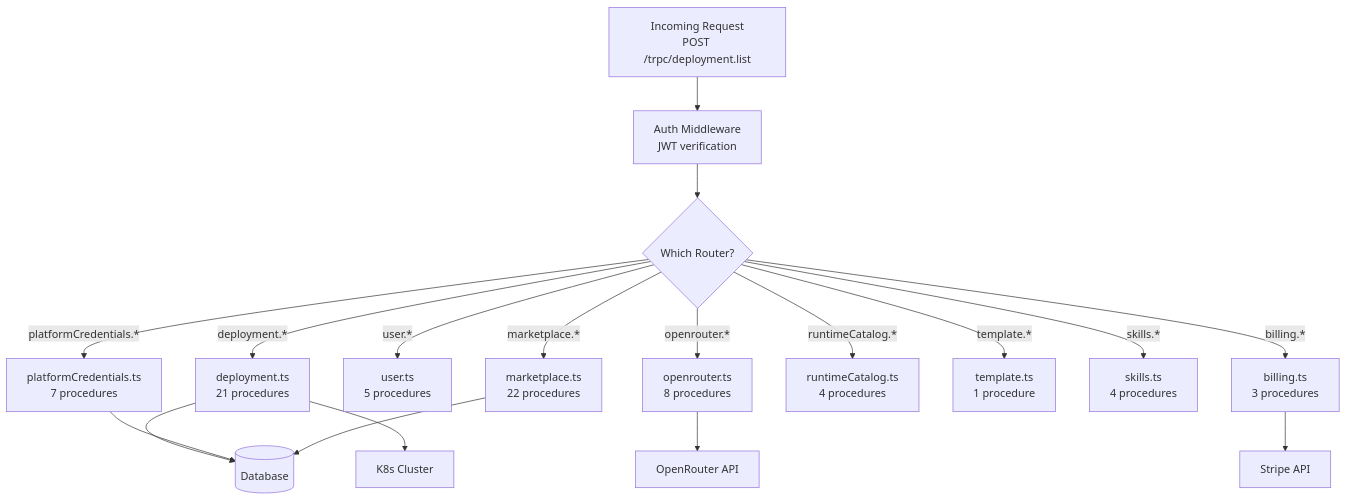
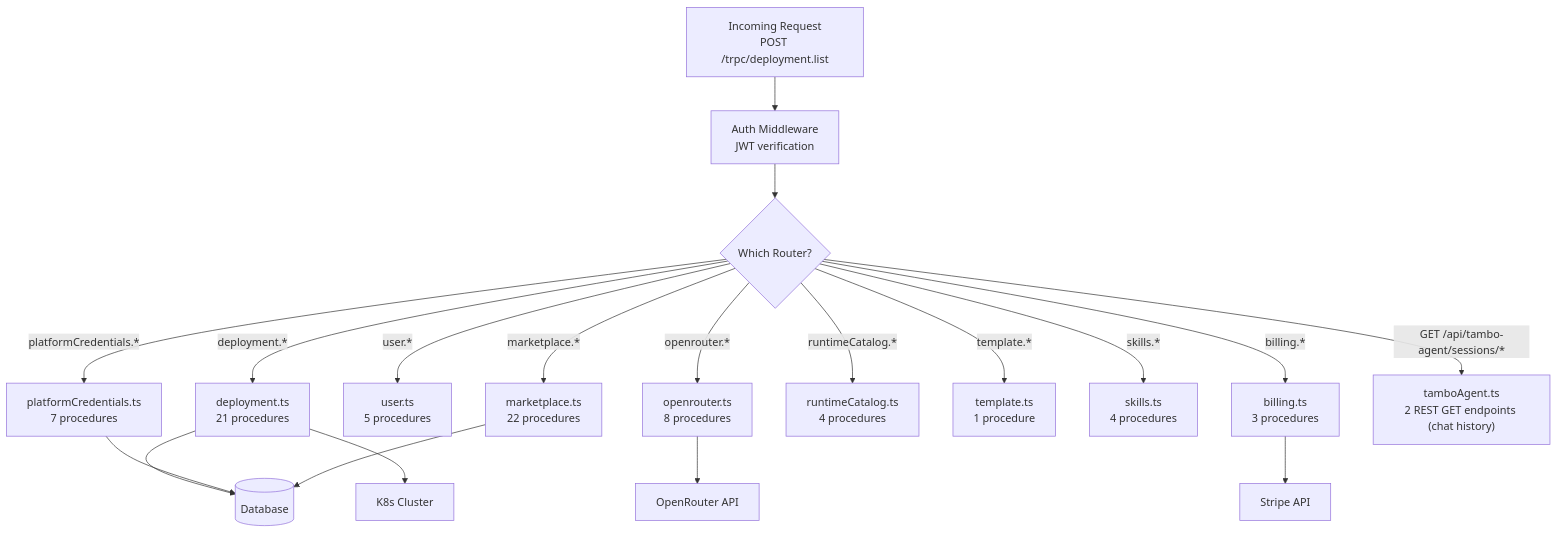
Before and after one commit to Bretthb/jarble: the fifth of 32 diagrams in DEVELOPER-GUIDE.md, drawn with Mermaid. The commit also changed other lines of this file and 12 other files, not shown here.

````diff
--- a/DEVELOPER-GUIDE.md
+++ b/DEVELOPER-GUIDE.md
@@ -324,22 +325,23 @@
 ```mermaid
 graph TD
     REQ["Incoming Request<br/>POST /trpc/deployment.list"] --> MW["Auth Middleware<br/>JWT verification"]
     MW --> ROUTER{"Which Router?"}
 
     ROUTER -->|"deployment.*"| DEPLOY["deployment.ts<br/>21 procedures"]
     ROUTER -->|"openrouter.*"| OR["openrouter.ts<br/>8 procedures"]
     ROUTER -->|"user.*"| USER["user.ts<br/>5 procedures"]
     ROUTER -->|"billing.*"| BILL["billing.ts<br/>3 procedures"]
     ROUTER -->|"platformCredentials.*"| PLAT["platformCredentials.ts<br/>7 procedures"]
     ROUTER -->|"runtimeCatalog.*"| RUNTIME["runtimeCatalog.ts<br/>4 procedures"]
     ROUTER -->|"template.*"| TMPL["template.ts<br/>1 procedure"]
     ROUTER -->|"skills.*"| SKILLS["skills.ts<br/>4 procedures"]
     ROUTER -->|"marketplace.*"| MKT["marketplace.ts<br/>22 procedures"]
+    ROUTER -->|"GET /api/tambo-agent/sessions/*"| CHATREST["tamboAgent.ts<br/>2 REST GET endpoints (chat history)"]
 
     DEPLOY --> DB[("Database")]
     DEPLOY --> K8S["K8s Cluster"]
     OR --> ORAPI["OpenRouter API"]
     BILL --> STRIPE_API["Stripe API"]
     PLAT --> DB
     MKT --> DB
 ```
````
